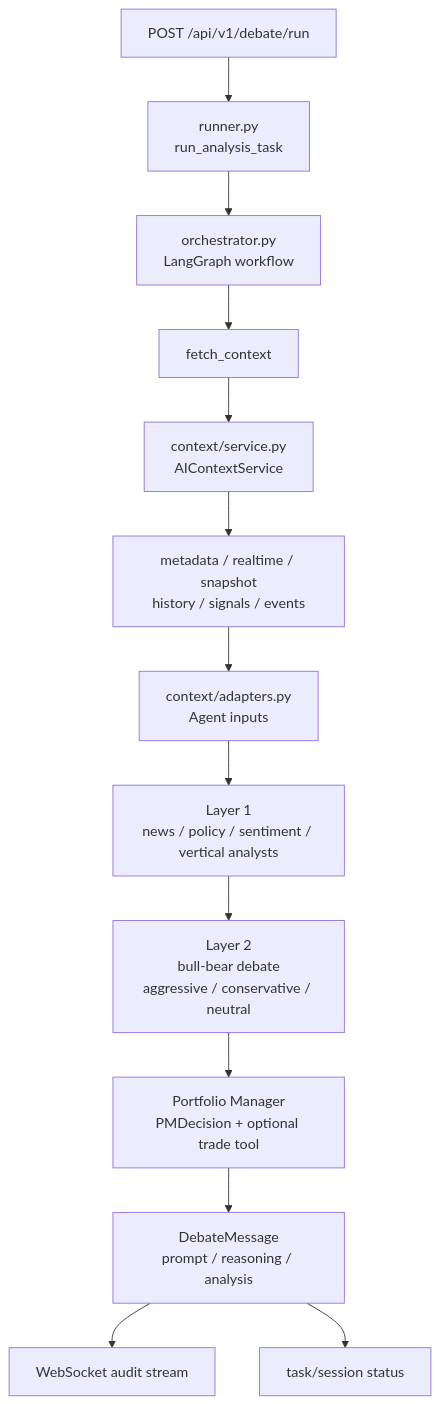
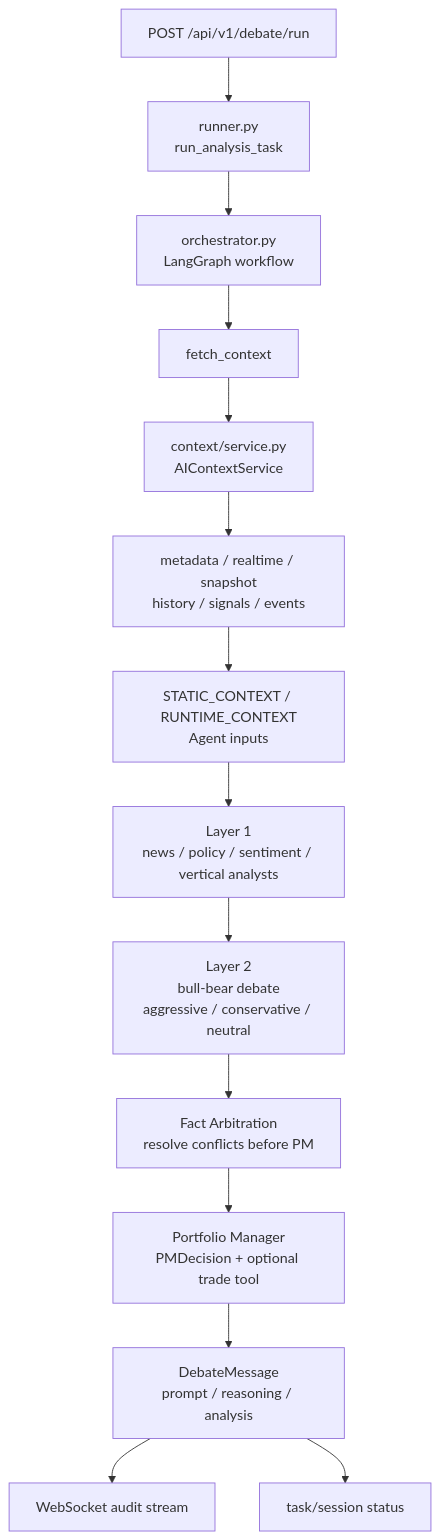
The first of 2 diagrams in backend/app/ai/llm_engine/README.md (MarvekG/BestAITrader), drawn with Mermaid before and after one commit. The commit also changed other lines of this file and 7 other files, not shown here.

````diff
--- a/backend/app/ai/llm_engine/README.md
+++ b/backend/app/ai/llm_engine/README.md
@@ -23,18 +23,19 @@
 ```mermaid
 flowchart TD
     API["POST /api/v1/debate/run"] --> Runner["runner.py<br/>run_analysis_task"]
     Runner --> Graph["orchestrator.py<br/>LangGraph workflow"]
 
     Graph --> ContextNode["fetch_context"]
     ContextNode --> ContextService["context/service.py<br/>AIContextService"]
     ContextService --> ContextLayers["metadata / realtime / snapshot<br/>history / signals / events"]
-    ContextLayers --> Adapters["context/adapters.py<br/>Agent inputs"]
+    ContextLayers --> ContextMessages["STATIC_CONTEXT / RUNTIME_CONTEXT<br/>Agent inputs"]
 
-    Adapters --> Layer1["Layer 1<br/>news / policy / sentiment / vertical analysts"]
+    ContextMessages --> Layer1["Layer 1<br/>news / policy / sentiment / vertical analysts"]
     Layer1 --> Layer2["Layer 2<br/>bull-bear debate<br/>aggressive / conservative / neutral"]
-    Layer2 --> PM["Portfolio Manager<br/>PMDecision + optional trade tool"]
+    Layer2 --> Fact["Fact Arbitration<br/>resolve conflicts before PM"]
+    Fact --> PM["Portfolio Manager<br/>PMDecision + optional trade tool"]
 
     PM --> Persist["DebateMessage<br/>prompt / reasoning / analysis"]
     Persist --> WS["WebSocket audit stream"]
     Persist --> Status["task/session status"]
 ```
````
